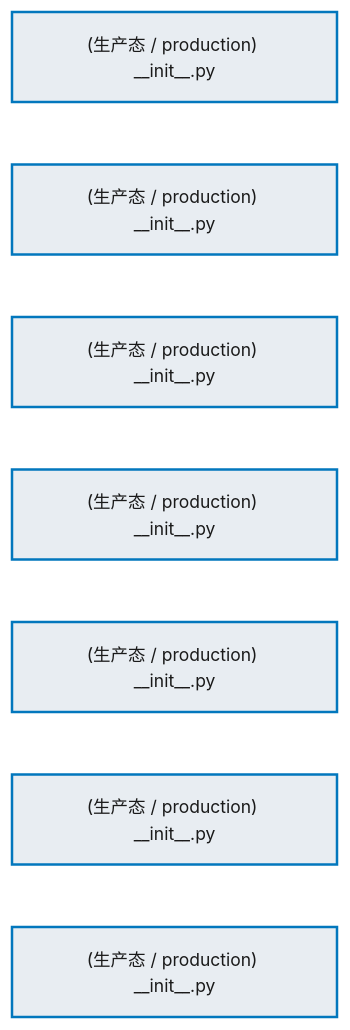
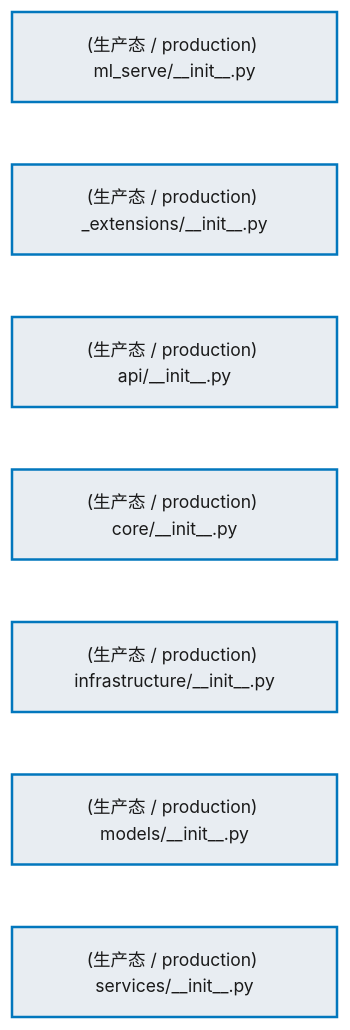
Before and after one commit to xuanFelixVan/ZephyrAlpha: the second of 2 diagrams in docs/02_enterprise_architecture/02_domain_architecture_docs/60_d_ml_serve.md, drawn with Mermaid. The commit also changed other lines of this file and 63 other files, not shown here.

````diff
--- a/docs/02_enterprise_architecture/02_domain_architecture_docs/60_d_ml_serve.md
+++ b/docs/02_enterprise_architecture/02_domain_architecture_docs/60_d_ml_serve.md
@@ -94,22 +94,22 @@
 ```mermaid
 %%{init: {'theme': 'base', 'themeVariables': {'primaryColor': '#eaeaea', 'primaryTextColor': '#333333', 'primaryBorderColor': '#666666', 'lineColor': '#666666', 'secondaryColor': '#eaeaea', 'tertiaryColor': '#eaeaea', 'fontSize': '14px'}}}%%
 flowchart TD
-    src_zephyr_ml_serve_init_py["(生产态 / production) __init__.py"]
-    src_zephyr_ml_serve_extensions_init_py["(生产态 / production) __init__.py"]
-    src_zephyr_ml_serve_api_init_py["(生产态 / production) __init__.py"]
-    src_zephyr_ml_serve_core_init_py["(生产态 / production) __init__.py"]
-    src_zephyr_ml_serve_infrastructure_init_py["(生产态 / production) __init__.py"]
-    src_zephyr_ml_serve_models_init_py["(生产态 / production) __init__.py"]
-    src_zephyr_ml_serve_services_init_py["(生产态 / production) __init__.py"]
+    src_zephyr_ml_serve_init_py["(生产态 / production) ml_serve/__init__.py"]
+    src_zephyr_ml_serve_extensions_init_py["(生产态 / production) _extensions/__init__.py"]
+    src_zephyr_ml_serve_api_init_py["(生产态 / production) api/__init__.py"]
+    src_zephyr_ml_serve_core_init_py["(生产态 / production) core/__init__.py"]
+    src_zephyr_ml_serve_infrastructure_init_py["(生产态 / production) infrastructure/__init__.py"]
+    src_zephyr_ml_serve_models_init_py["(生产态 / production) models/__init__.py"]
+    src_zephyr_ml_serve_services_init_py["(生产态 / production) services/__init__.py"]
     src_zephyr_ml_serve_init_py ~~~ src_zephyr_ml_serve_extensions_init_py
     src_zephyr_ml_serve_extensions_init_py ~~~ src_zephyr_ml_serve_api_init_py
     src_zephyr_ml_serve_api_init_py ~~~ src_zephyr_ml_serve_core_init_py
     src_zephyr_ml_serve_core_init_py ~~~ src_zephyr_ml_serve_infrastructure_init_py
     src_zephyr_ml_serve_infrastructure_init_py ~~~ src_zephyr_ml_serve_models_init_py
     src_zephyr_ml_serve_models_init_py ~~~ src_zephyr_ml_serve_services_init_py
     classDef production fill:#e8edf2,stroke:#0277bd,stroke-width:2px,color:#1a1a1a
     classDef design fill:#f0ebe3,stroke:#bf360c,stroke-width:2px,color:#1a1a1a,stroke-dasharray: 5 5
     classDef external_prod fill:#e8efe9,stroke:#1b5e20,stroke-width:1px,color:#1a1a1a
     classDef external_design fill:#efe5ea,stroke:#880e4f,stroke-width:1px,color:#1a1a1a,stroke-dasharray: 5 5
     class src_zephyr_ml_serve_init_py,src_zephyr_ml_serve_extensions_init_py,src_zephyr_ml_serve_api_init_py,src_zephyr_ml_serve_core_init_py,src_zephyr_ml_serve_infrastructure_init_py,src_zephyr_ml_serve_models_init_py,src_zephyr_ml_serve_services_init_py production
 ```
````
